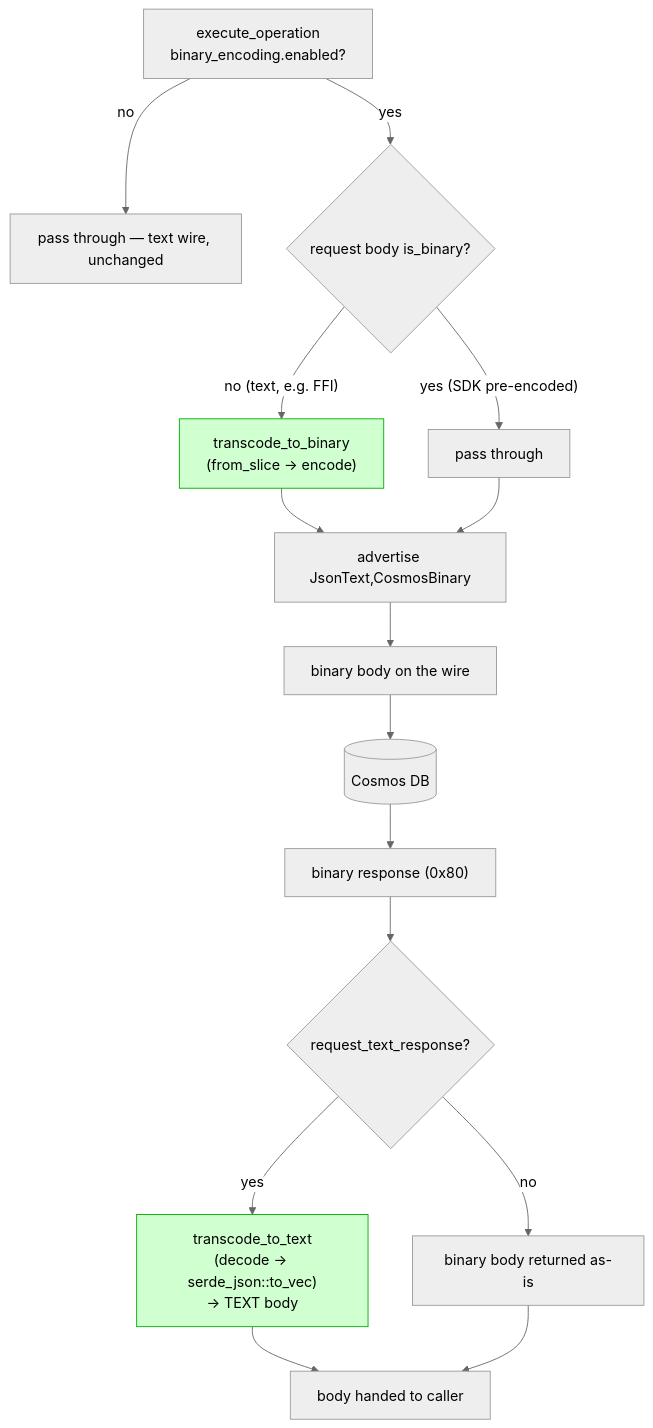
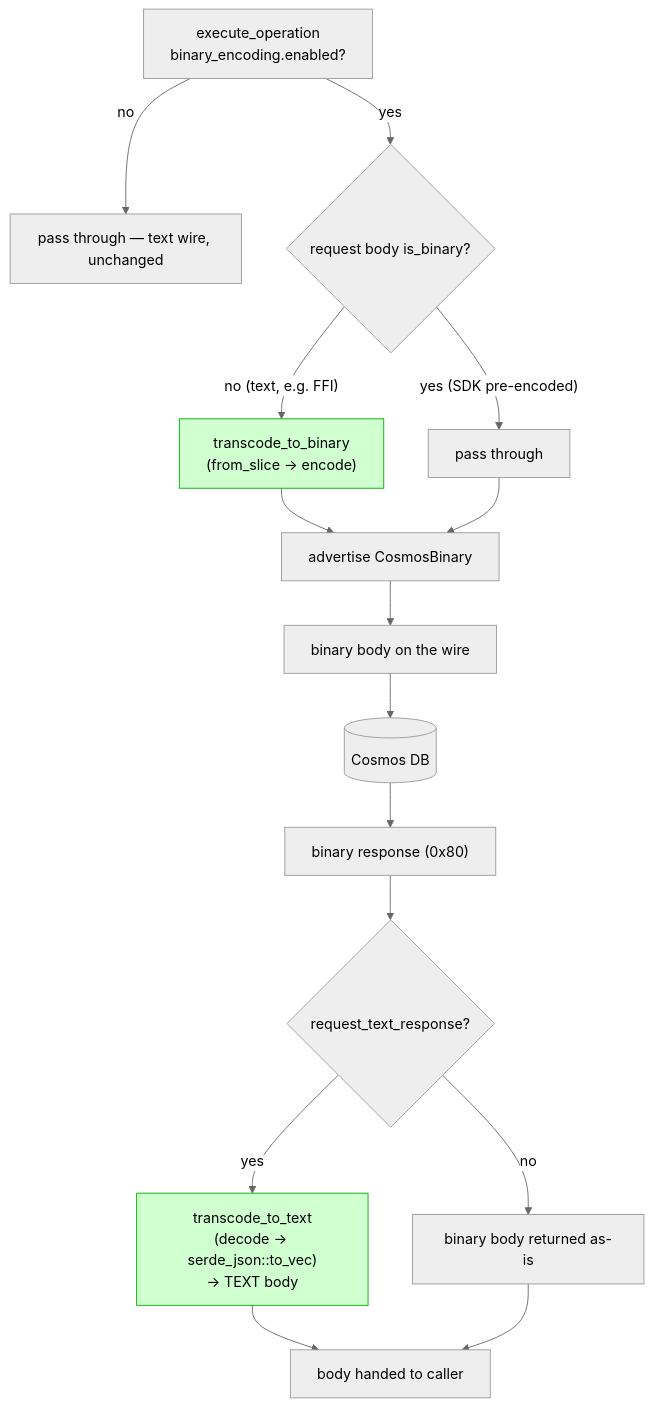
One commit to Azure/azure-sdk-for-rust changed the third of 7 diagrams in sdk/cosmos/azure_data_cosmos_driver/docs/BINARY_ENCODING_HLD.md. Above: the diagram before and after it, drawn with Mermaid (neutral theme). The commit also changed other lines of this file and 46 other files, not shown here.

First line of the commit message:
Cosmos: Adds Binary Encoding Support for Queries (#5040)

````diff
--- a/sdk/cosmos/azure_data_cosmos_driver/docs/BINARY_ENCODING_HLD.md
+++ b/sdk/cosmos/azure_data_cosmos_driver/docs/BINARY_ENCODING_HLD.md
@@ -177,20 +242,20 @@
 ```mermaid
 flowchart TD
     EX["execute_operation<br/>binary_encoding.enabled?"] -->|no| PASS["pass through — text wire, unchanged"]
     EX -->|yes| REQ{"request body is_binary?"}
     REQ -->|"no (text, e.g. FFI)"| RT["transcode_to_binary<br/>(from_slice &rarr; encode)"]
     REQ -->|"yes (SDK pre-encoded)"| PASS_BIN["pass through"]
     RT --> HDR
-    PASS_BIN --> HDR["advertise JsonText,CosmosBinary"]
+    PASS_BIN --> HDR["advertise CosmosBinary"]
     HDR --> WIRE["binary body on the wire"]
     WIRE --> SVC[("Cosmos DB")]
     SVC --> RESP["binary response (0x80)"]
     RESP --> RTX{"request_text_response?"}
     RTX -->|yes| TT["transcode_to_text<br/>(decode &rarr; serde_json::to_vec)<br/>&rarr; TEXT body"]
     RTX -->|no| BIN["binary body returned as-is"]
     TT --> OUT["body handed to caller"]
     BIN --> OUT
 
     style RT fill:#d0ffd0,stroke:#0a0
     style TT fill:#d0ffd0,stroke:#0a0
 ```
````
